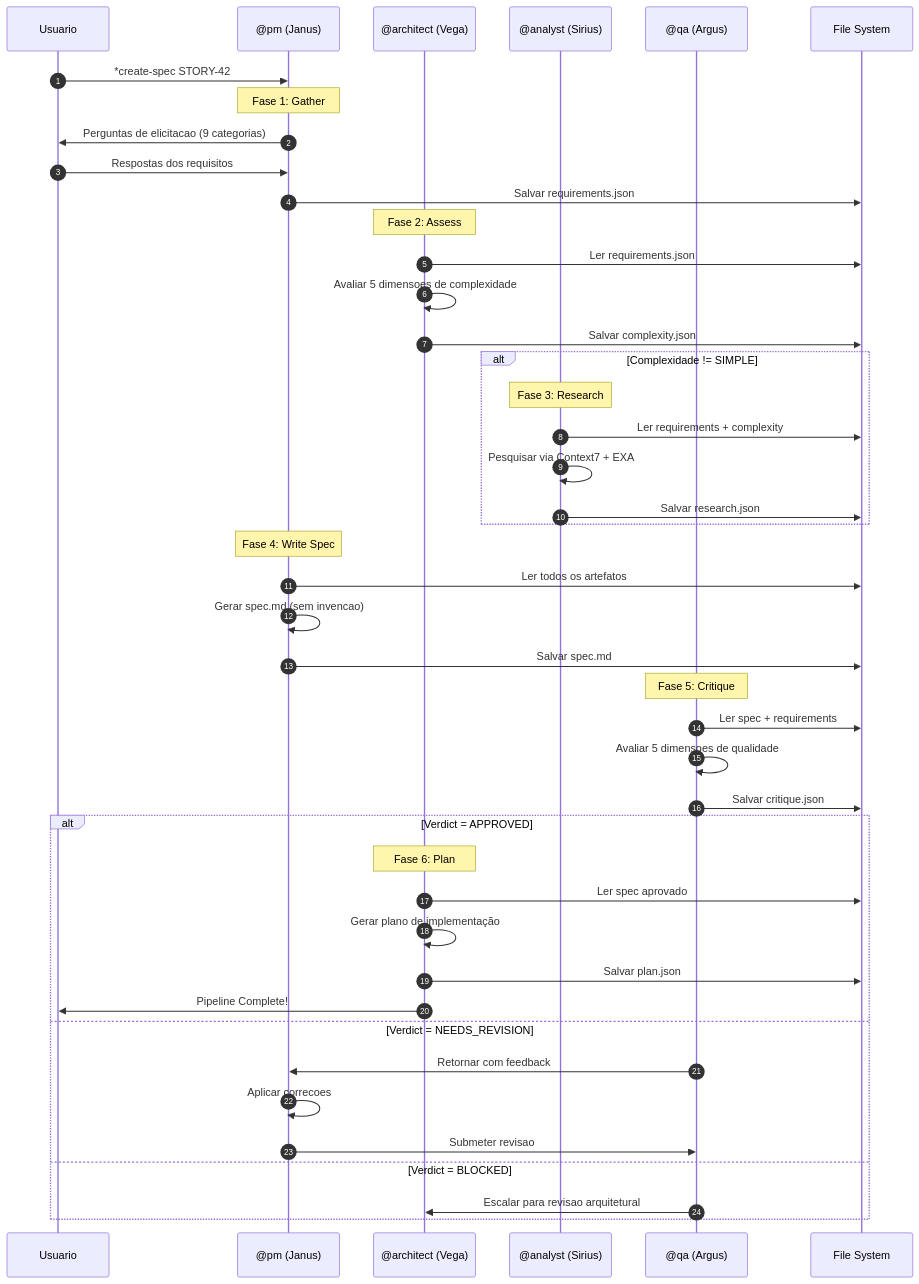
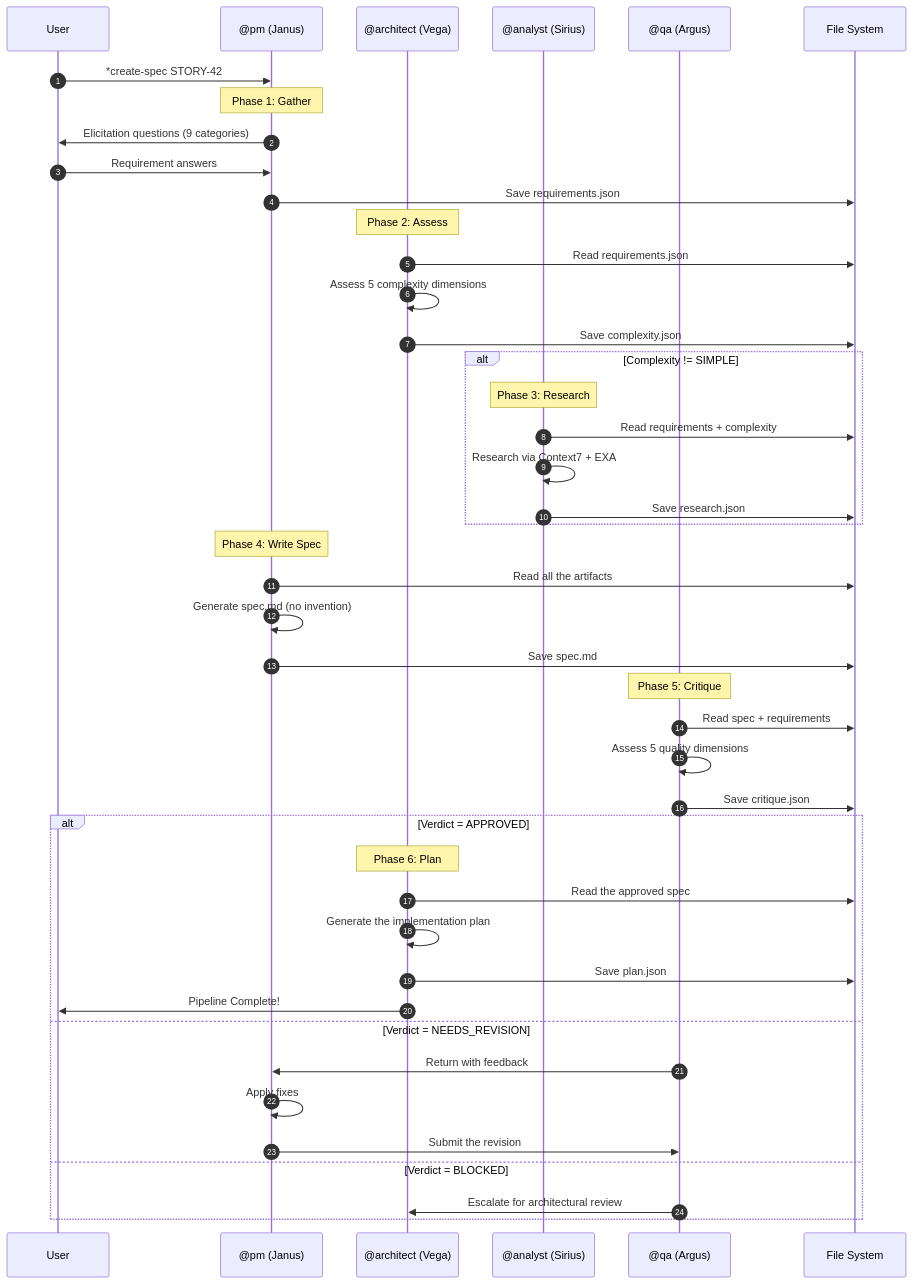
One commit to CyryxLabs/AEXOS changed the third of 17 diagrams in docs/aexos-workflows/spec-pipeline-workflow.md. Above: the diagram before and after it, drawn with Mermaid. The commit also changed other lines of this file and 528 other files, not shown here.

````diff
--- a/docs/aexos-workflows/spec-pipeline-workflow.md
+++ b/docs/aexos-workflows/spec-pipeline-workflow.md
@@ -162,53 +162,53 @@
 ```mermaid
 sequenceDiagram
     autonumber
-    participant U as Usuario
+    participant U as User
     participant PM as @pm (Janus)
     participant AR as @architect (Vega)
     participant AN as @analyst (Sirius)
     participant QA as @qa (Argus)
     participant FS as File System
 
     U->>PM: *create-spec STORY-42
 
-    Note over PM: Fase 1: Gather
-    PM->>U: Perguntas de elicitacao (9 categorias)
-    U->>PM: Respostas dos requisitos
-    PM->>FS: Salvar requirements.json
+    Note over PM: Phase 1: Gather
+    PM->>U: Elicitation questions (9 categories)
+    U->>PM: Requirement answers
+    PM->>FS: Save requirements.json
 
-    Note over AR: Fase 2: Assess
-    AR->>FS: Ler requirements.json
-    AR->>AR: Avaliar 5 dimensoes de complexidade
-    AR->>FS: Salvar complexity.json
+    Note over AR: Phase 2: Assess
+    AR->>FS: Read requirements.json
+    AR->>AR: Assess 5 complexity dimensions
+    AR->>FS: Save complexity.json
 
-    alt Complexidade != SIMPLE
-        Note over AN: Fase 3: Research
-        AN->>FS: Ler requirements + complexity
-        AN->>AN: Pesquisar via Context7 + EXA
-        AN->>FS: Salvar research.json
+    alt Complexity != SIMPLE
+        Note over AN: Phase 3: Research
+        AN->>FS: Read requirements + complexity
+        AN->>AN: Research via Context7 + EXA
+        AN->>FS: Save research.json
     end
 
-    Note over PM: Fase 4: Write Spec
-    PM->>FS: Ler todos os artefatos
-    PM->>PM: Gerar spec.md (sem invencao)
-    PM->>FS: Salvar spec.md
+    Note over PM: Phase 4: Write Spec
+    PM->>FS: Read all the artifacts
+    PM->>PM: Generate spec.md (no invention)
+    PM->>FS: Save spec.md
 
-    Note over QA: Fase 5: Critique
-    QA->>FS: Ler spec + requirements
-    QA->>QA: Avaliar 5 dimensoes de qualidade
-    QA->>FS: Salvar critique.json
+    Note over QA: Phase 5: Critique
+    QA->>FS: Read spec + requirements
+    QA->>QA: Assess 5 quality dimensions
+    QA->>FS: Save critique.json
 
     alt Verdict = APPROVED
-        Note over AR: Fase 6: Plan
-        AR->>FS: Ler spec aprovado
-        AR->>AR: Gerar plano de implementação
-        AR->>FS: Salvar plan.json
+        Note over AR: Phase 6: Plan
+        AR->>FS: Read the approved spec
+        AR->>AR: Generate the implementation plan
+        AR->>FS: Save plan.json
         AR->>U: Pipeline Complete!
     else Verdict = NEEDS_REVISION
-        QA->>PM: Retornar com feedback
-        PM->>PM: Aplicar correcoes
-        PM->>QA: Submeter revisao
+        QA->>PM: Return with feedback
+        PM->>PM: Apply fixes
+        PM->>QA: Submit the revision
     else Verdict = BLOCKED
-        QA->>AR: Escalar para revisao arquitetural
+        QA->>AR: Escalate for architectural review
     end
 ```
````
